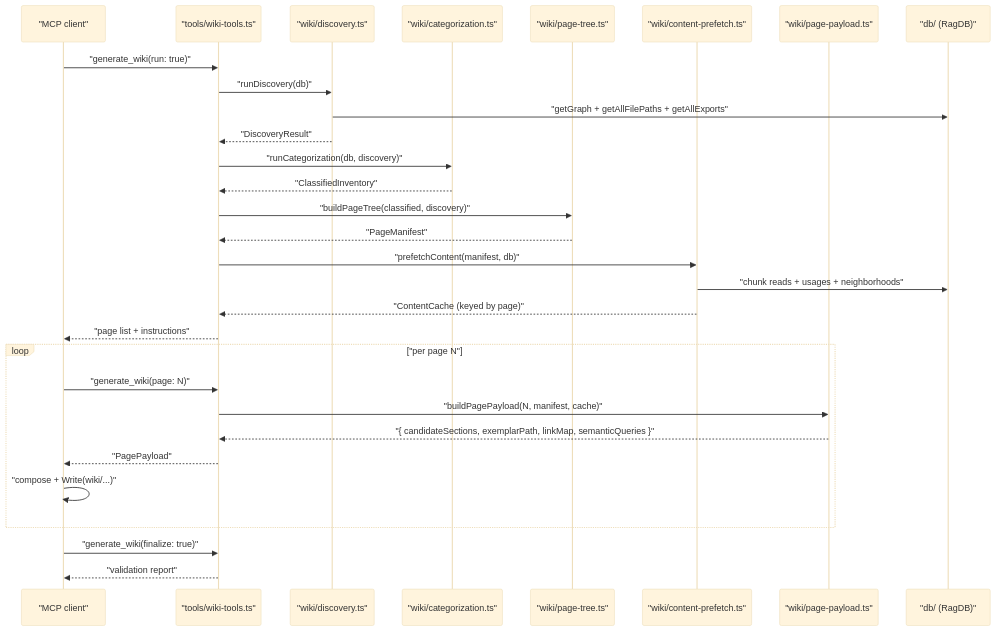
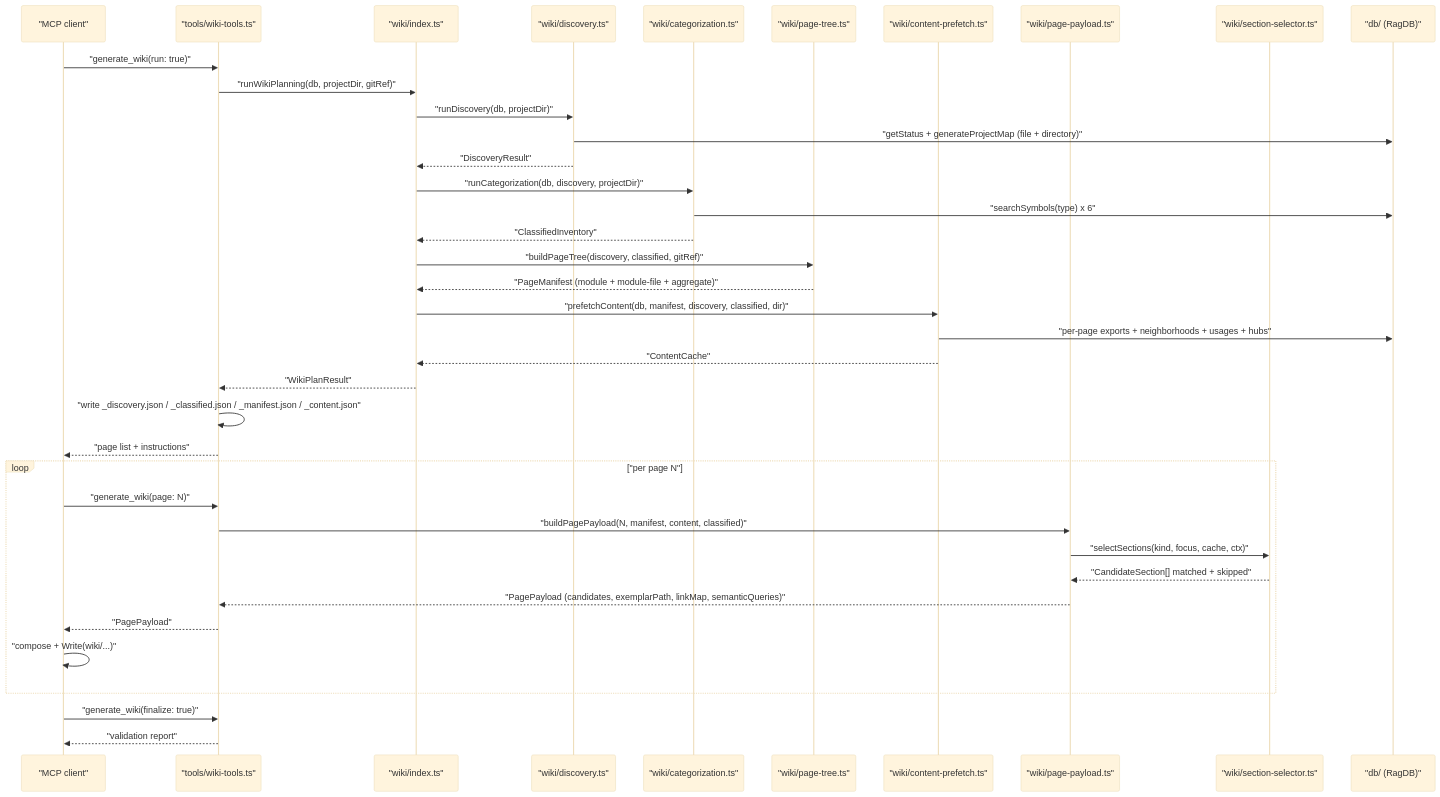
Before and after one commit to TheWinci/mimirs: the fourth of 4 diagrams in wiki/data-flows.md, drawn with Mermaid (base theme). The commit also changed other lines of this file and 33 other files, not shown here.

````diff
--- a/wiki/data-flows.md
+++ b/wiki/data-flows.md
@@ -144,33 +158,41 @@
 ```mermaid
 sequenceDiagram
   participant agent as "MCP client"
   participant tool as "tools/wiki-tools.ts"
+  participant idx as "wiki/index.ts"
   participant disc as "wiki/discovery.ts"
   participant cat as "wiki/categorization.ts"
   participant tree as "wiki/page-tree.ts"
   participant pre as "wiki/content-prefetch.ts"
   participant pay as "wiki/page-payload.ts"
+  participant sel as "wiki/section-selector.ts"
   participant db as "db/ (RagDB)"
 
   agent->>tool: "generate_wiki(run: true)"
-  tool->>disc: "runDiscovery(db)"
-  disc->>db: "getGraph + getAllFilePaths + getAllExports"
-  disc-->>tool: "DiscoveryResult"
-  tool->>cat: "runCategorization(db, discovery)"
-  cat-->>tool: "ClassifiedInventory"
-  tool->>tree: "buildPageTree(classified, discovery)"
-  tree-->>tool: "PageManifest"
-  tool->>pre: "prefetchContent(manifest, db)"
-  pre->>db: "chunk reads + usages + neighborhoods"
-  pre-->>tool: "ContentCache (keyed by page)"
+  tool->>idx: "runWikiPlanning(db, projectDir, gitRef)"
+  idx->>disc: "runDiscovery(db, projectDir)"
+  disc->>db: "getStatus + generateProjectMap (file + directory)"
+  disc-->>idx: "DiscoveryResult"
+  idx->>cat: "runCategorization(db, discovery, projectDir)"
+  cat->>db: "searchSymbols(type) x 6"
+  cat-->>idx: "ClassifiedInventory"
+  idx->>tree: "buildPageTree(discovery, classified, gitRef)"
+  tree-->>idx: "PageManifest (module + module-file + aggregate)"
+  idx->>pre: "prefetchContent(db, manifest, discovery, classified, dir)"
+  pre->>db: "per-page exports + neighborhoods + usages + hubs"
+  pre-->>idx: "ContentCache"
+  idx-->>tool: "WikiPlanResult"
+  tool->>tool: "write _discovery.json / _classified.json / _manifest.json / _content.json"
   tool-->>agent: "page list + instructions"
   loop "per page N"
     agent->>tool: "generate_wiki(page: N)"
-    tool->>pay: "buildPagePayload(N, manifest, cache)"
-    pay-->>tool: "{ candidateSections, exemplarPath, linkMap, semanticQueries }"
+    tool->>pay: "buildPagePayload(N, manifest, content, classified)"
+    pay->>sel: "selectSections(kind, focus, cache, ctx)"
+    sel-->>pay: "CandidateSection[] matched + skipped"
+    pay-->>tool: "PagePayload (candidates, exemplarPath, linkMap, semanticQueries)"
     tool-->>agent: "PagePayload"
     agent->>agent: "compose + Write(wiki/...)"
   end
   agent->>tool: "generate_wiki(finalize: true)"
   tool-->>agent: "validation report"
 ```
````
